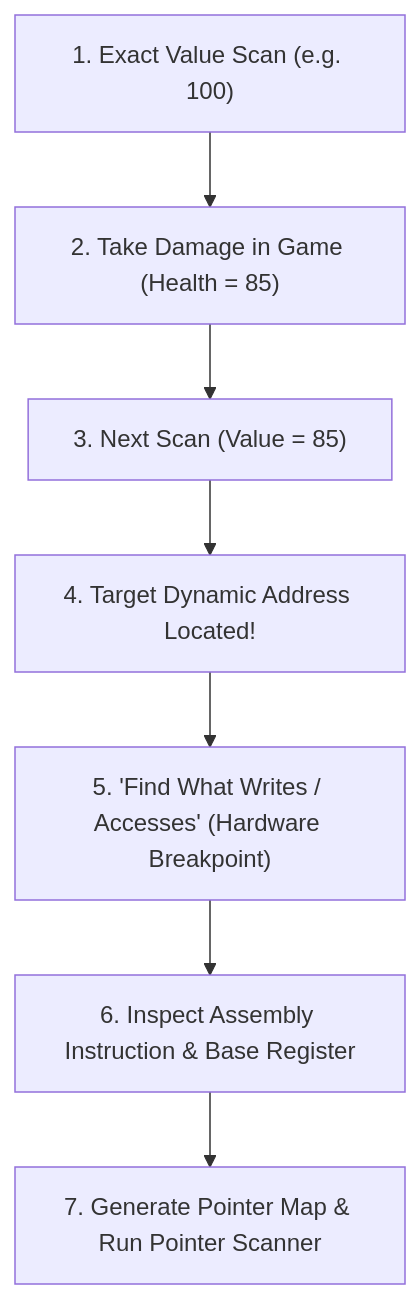
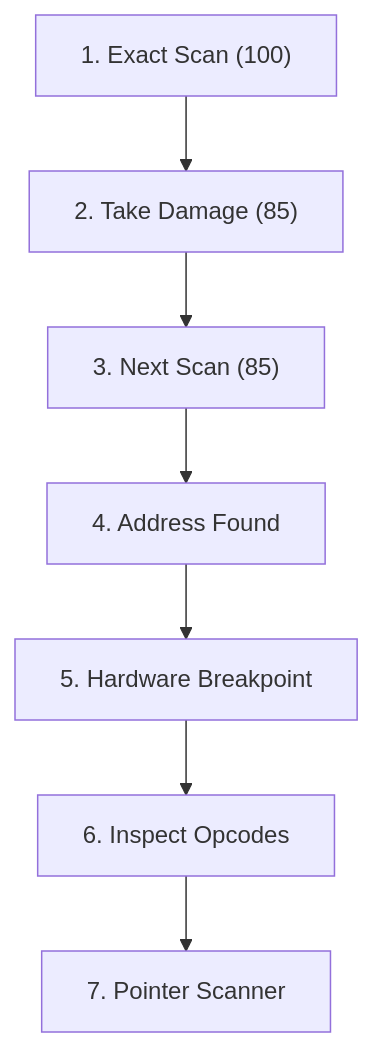
The second of 2 diagrams in topics/20-memory-structures-pointers-and-heap-analysis/README.md (DaddyZyn/Cyber-security-notes), drawn with Mermaid before and after one commit. The commit also changed other lines of this file and 7 other files, not shown here.

Commit message:
fix: reformat all diagrams in modules 20-27 with ultra-short line wrapping to prevent GitHub SVG text clipping

````diff
--- a/topics/20-memory-structures-pointers-and-heap-analysis/README.md
+++ b/topics/20-memory-structures-pointers-and-heap-analysis/README.md
@@ -93,9 +98,9 @@
 ```mermaid
 flowchart TD
-    Scan1["1. Exact Value Scan (e.g. 100)"] --> Action["2. Take Damage in Game (Health = 85)"]
-    Action --> Scan2["3. Next Scan (Value = 85)"]
-    Scan2 --> Found["4. Target Dynamic Address Located!"]
-    Found --> Breakpoint["5. 'Find What Writes / Accesses' (Hardware Breakpoint)"]
-    Breakpoint --> Disasm["6. Inspect Assembly Instruction & Base Register"]
-    Disasm --> PtrScan["7. Generate Pointer Map & Run Pointer Scanner"]
+    Scan1["1. Exact Scan (100)"] --> Action["2. Take Damage (85)"]
+    Action --> Scan2["3. Next Scan (85)"]
+    Scan2 --> Found["4. Address Found"]
+    Found --> Breakpoint["5. Hardware Breakpoint"]
+    Breakpoint --> Disasm["6. Inspect Opcodes"]
+    Disasm --> PtrScan["7. Pointer Scanner"]
 ```
````
